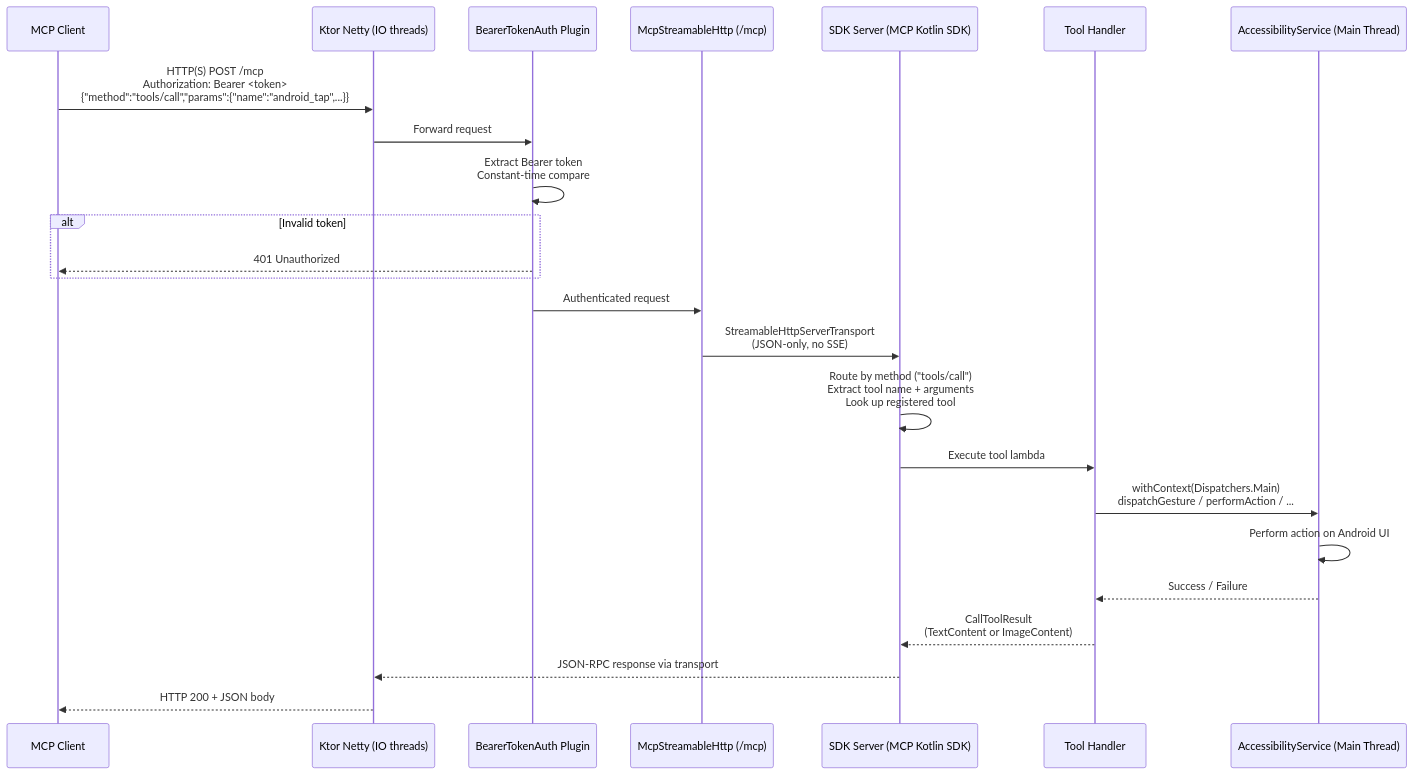
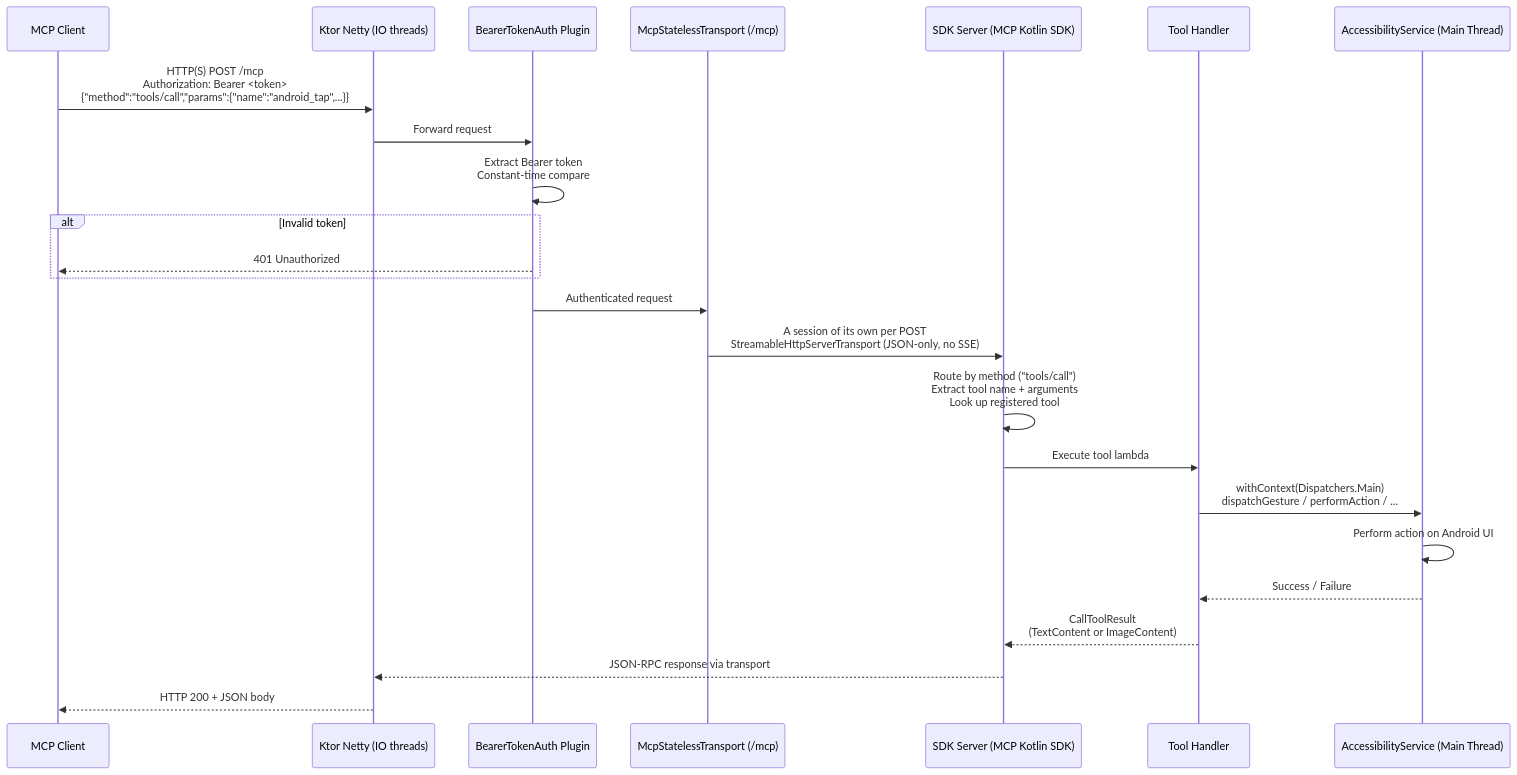
One commit to InThon-Team10/android-remote-control-mcp changed the second of 6 diagrams in docs/ARCHITECTURE.md. Above: the diagram before and after it, drawn with Mermaid. The commit also changed other lines of this file and 2 other files, not shown here.

````diff
--- a/docs/ARCHITECTURE.md
+++ b/docs/ARCHITECTURE.md
@@ -168,27 +169,27 @@
 ```mermaid
 sequenceDiagram
     participant Client as MCP Client
     participant Ktor as Ktor Netty (IO threads)
     participant Auth as BearerTokenAuth Plugin
-    participant Route as McpStreamableHttp (/mcp)
+    participant Route as McpStatelessTransport (/mcp)
     participant SDK as SDK Server (MCP Kotlin SDK)
     participant Tool as Tool Handler
     participant Acc as AccessibilityService (Main Thread)
 
     Client->>Ktor: HTTP(S) POST /mcp<br/>Authorization: Bearer <token><br/>{"method":"tools/call","params":{"name":"android_tap",...}}
     Ktor->>Auth: Forward request
     Auth->>Auth: Extract Bearer token<br/>Constant-time compare
     alt Invalid token
         Auth-->>Client: 401 Unauthorized
     end
     Auth->>Route: Authenticated request
-    Route->>SDK: StreamableHttpServerTransport<br/>(JSON-only, no SSE)
+    Route->>SDK: A session of its own per POST<br/>StreamableHttpServerTransport (JSON-only, no SSE)
     SDK->>SDK: Route by method ("tools/call")<br/>Extract tool name + arguments<br/>Look up registered tool
     SDK->>Tool: Execute tool lambda
     Tool->>Acc: withContext(Dispatchers.Main)<br/>dispatchGesture / performAction / ...
     Acc->>Acc: Perform action on Android UI
     Acc-->>Tool: Success / Failure
     Tool-->>SDK: CallToolResult<br/>(TextContent or ImageContent)
     SDK-->>Ktor: JSON-RPC response via transport
     Ktor-->>Client: HTTP 200 + JSON body
 ```
````
